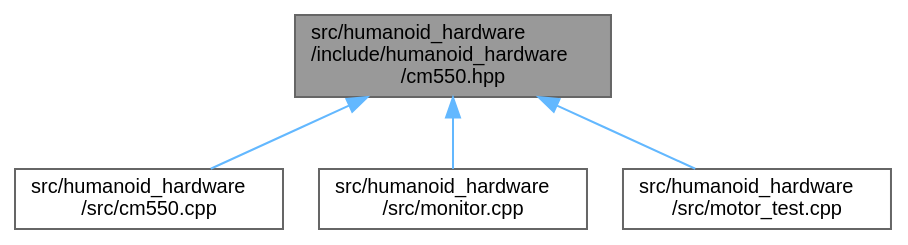
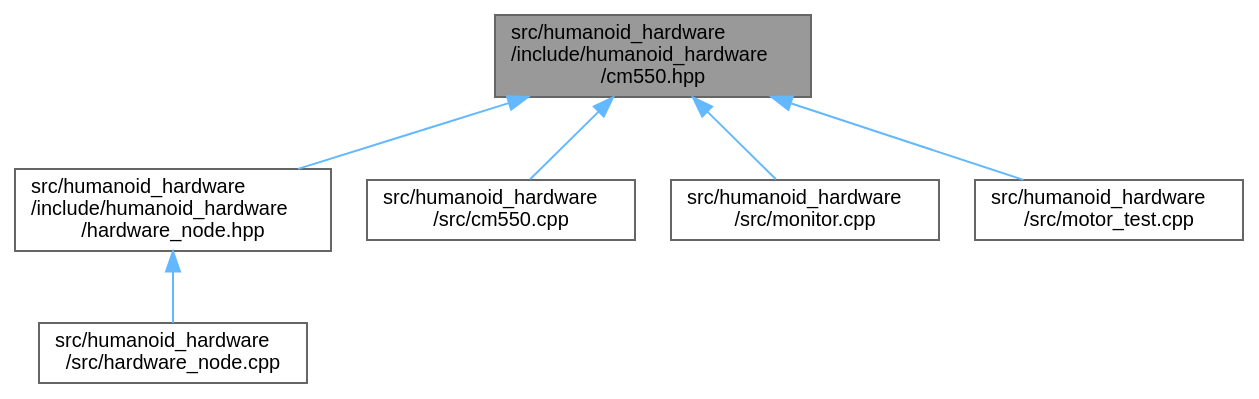
The diagram in humanoid/api/cpp_generated/cm550_8hpp__dep__incl.dot (Sensor-Fusion-and-Advanced-Control/.github), drawn with Graphviz before and after one commit. The commit also changed 229 other files, not shown here.

```diff
--- a/humanoid/api/cpp_generated/cm550_8hpp__dep__incl.dot
+++ b/humanoid/api/cpp_generated/cm550_8hpp__dep__incl.dot
@@ -1,14 +1,18 @@
 digraph "src/humanoid_hardware/include/humanoid_hardware/cm550.hpp"
 {
  // LATEX_PDF_SIZE
   bgcolor="transparent";
   edge [fontname=Helvetica,fontsize=10,labelfontname=Helvetica,labelfontsize=10];
   node [fontname=Helvetica,fontsize=10,shape=box,height=0.2,width=0.4];
   Node1 [id="Node000001",label="src/humanoid_hardware\l/include/humanoid_hardware\l/cm550.hpp",height=0.2,width=0.4,color="gray40", fillcolor="grey60", style="filled", fontcolor="black",tooltip=" "];
   Node1 -> Node2 [id="edge1_Node000001_Node000002",dir="back",color="steelblue1",style="solid",tooltip=" "];
-  Node2 [id="Node000002",label="src/humanoid_hardware\l/src/cm550.cpp",height=0.2,width=0.4,color="grey40", fillcolor="white", style="filled",URL="$cm550_8cpp.html",tooltip=" "];
-  Node1 -> Node3 [id="edge2_Node000001_Node000003",dir="back",color="steelblue1",style="solid",tooltip=" "];
-  Node3 [id="Node000003",label="src/humanoid_hardware\l/src/monitor.cpp",height=0.2,width=0.4,color="grey40", fillcolor="white", style="filled",URL="$monitor_8cpp.html",tooltip=" "];
+  Node2 [id="Node000002",label="src/humanoid_hardware\l/include/humanoid_hardware\l/hardware_node.hpp",height=0.2,width=0.4,color="grey40", fillcolor="white", style="filled",URL="$hardware__node_8hpp.html",tooltip=" "];
+  Node2 -> Node3 [id="edge2_Node000002_Node000003",dir="back",color="steelblue1",style="solid",tooltip=" "];
+  Node3 [id="Node000003",label="src/humanoid_hardware\l/src/hardware_node.cpp",height=0.2,width=0.4,color="grey40", fillcolor="white", style="filled",URL="$hardware__node_8cpp.html",tooltip=" "];
   Node1 -> Node4 [id="edge3_Node000001_Node000004",dir="back",color="steelblue1",style="solid",tooltip=" "];
-  Node4 [id="Node000004",label="src/humanoid_hardware\l/src/motor_test.cpp",height=0.2,width=0.4,color="grey40", fillcolor="white", style="filled",URL="$motor__test_8cpp.html",tooltip=" "];
+  Node4 [id="Node000004",label="src/humanoid_hardware\l/src/cm550.cpp",height=0.2,width=0.4,color="grey40", fillcolor="white", style="filled",URL="$cm550_8cpp.html",tooltip=" "];
+  Node1 -> Node5 [id="edge4_Node000001_Node000005",dir="back",color="steelblue1",style="solid",tooltip=" "];
+  Node5 [id="Node000005",label="src/humanoid_hardware\l/src/monitor.cpp",height=0.2,width=0.4,color="grey40", fillcolor="white", style="filled",URL="$monitor_8cpp.html",tooltip=" "];
+  Node1 -> Node6 [id="edge5_Node000001_Node000006",dir="back",color="steelblue1",style="solid",tooltip=" "];
+  Node6 [id="Node000006",label="src/humanoid_hardware\l/src/motor_test.cpp",height=0.2,width=0.4,color="grey40", fillcolor="white", style="filled",URL="$motor__test_8cpp.html",tooltip=" "];
 }
```
